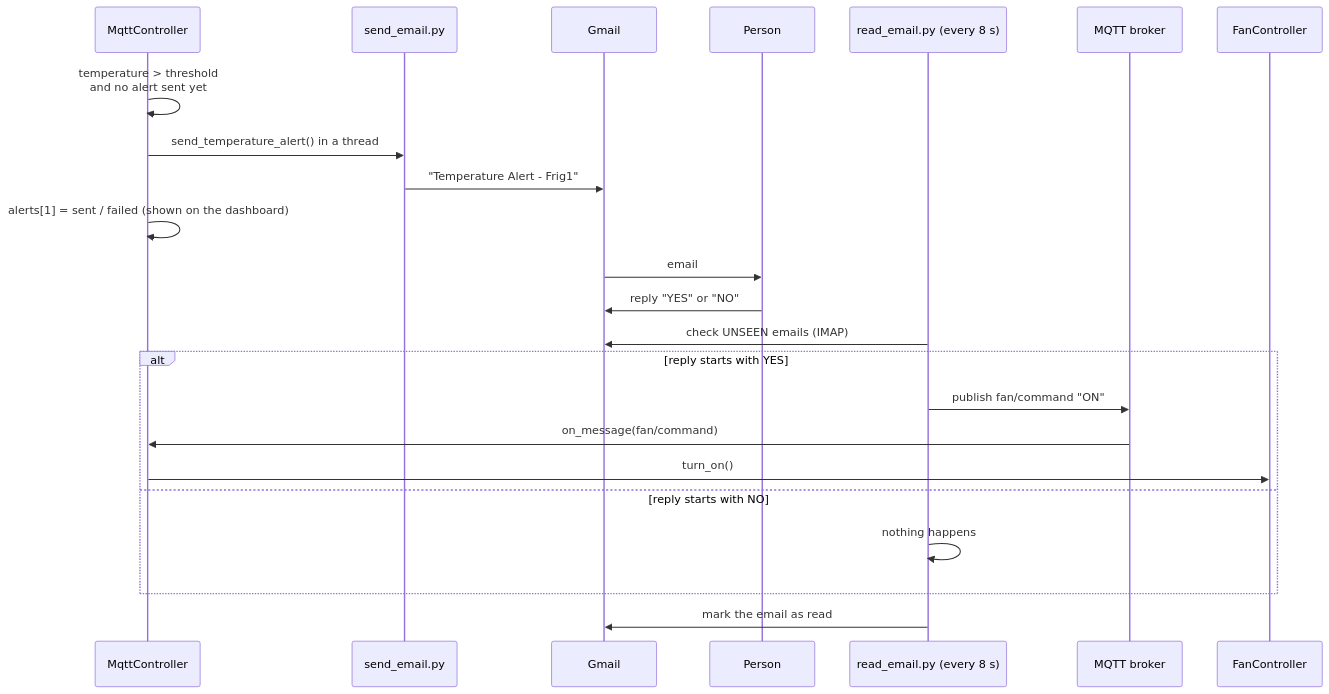
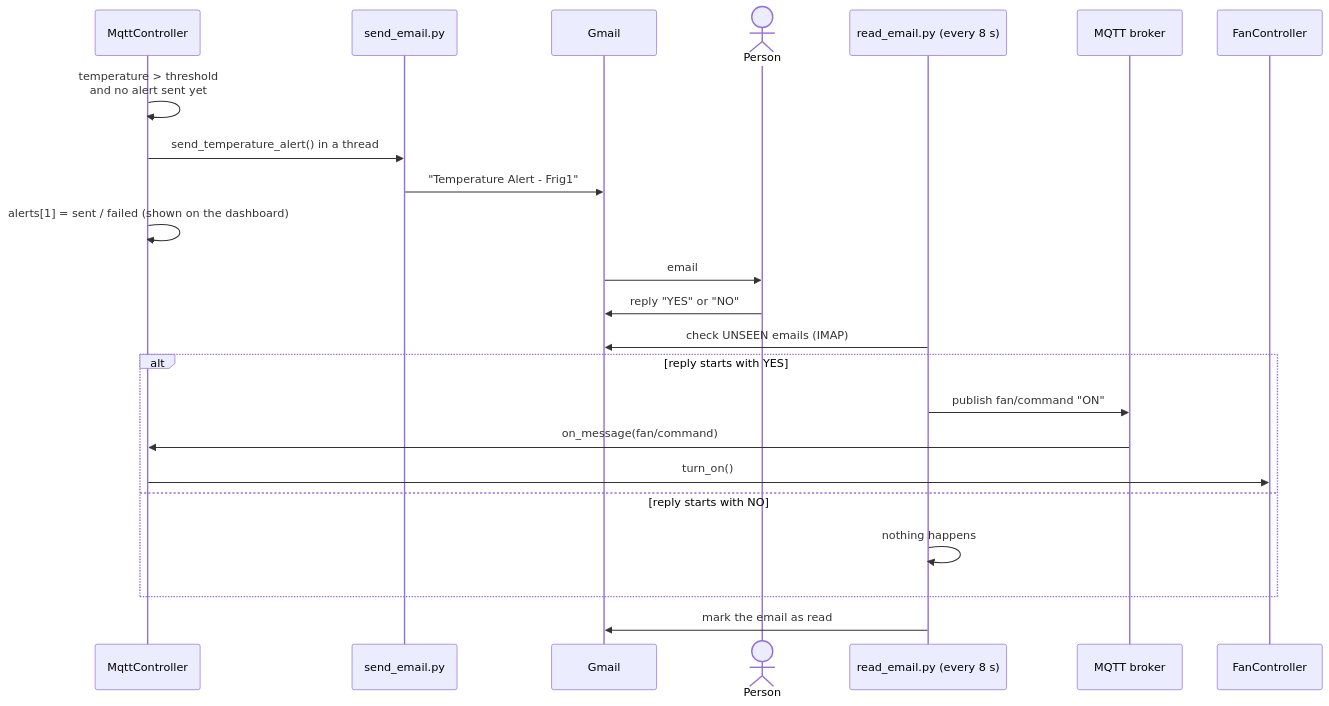
One commit to gvogas/IoT changed the seventh of 7 diagrams in docs/architecture.md. Above: the diagram before and after it, drawn with Mermaid. The commit also changed other lines of this file and 92 other files, not shown here.

````diff
--- a/docs/architecture.md
+++ b/docs/architecture.md
@@ -136,26 +236,26 @@
 ```mermaid
 sequenceDiagram
     participant M as MqttController
     participant S as send_email.py
     participant G as Gmail
-    participant P as Person
+    actor P as Person
     participant R as read_email.py (every 8 s)
     participant B as MQTT broker
     participant FC as FanController
 
     M->>M: temperature > threshold<br/>and no alert sent yet
     M->>S: send_temperature_alert() in a thread
     S->>G: "Temperature Alert - Frig1"
     M->>M: alerts[1] = sent / failed (shown on the dashboard)
     G->>P: email
     P->>G: reply "YES" or "NO"
     R->>G: check UNSEEN emails (IMAP)
     alt reply starts with YES
         R->>B: publish fan/command "ON"
         B->>M: on_message(fan/command)
         M->>FC: turn_on()
     else reply starts with NO
         R->>R: nothing happens
     end
     R->>G: mark the email as read
 ```
````
